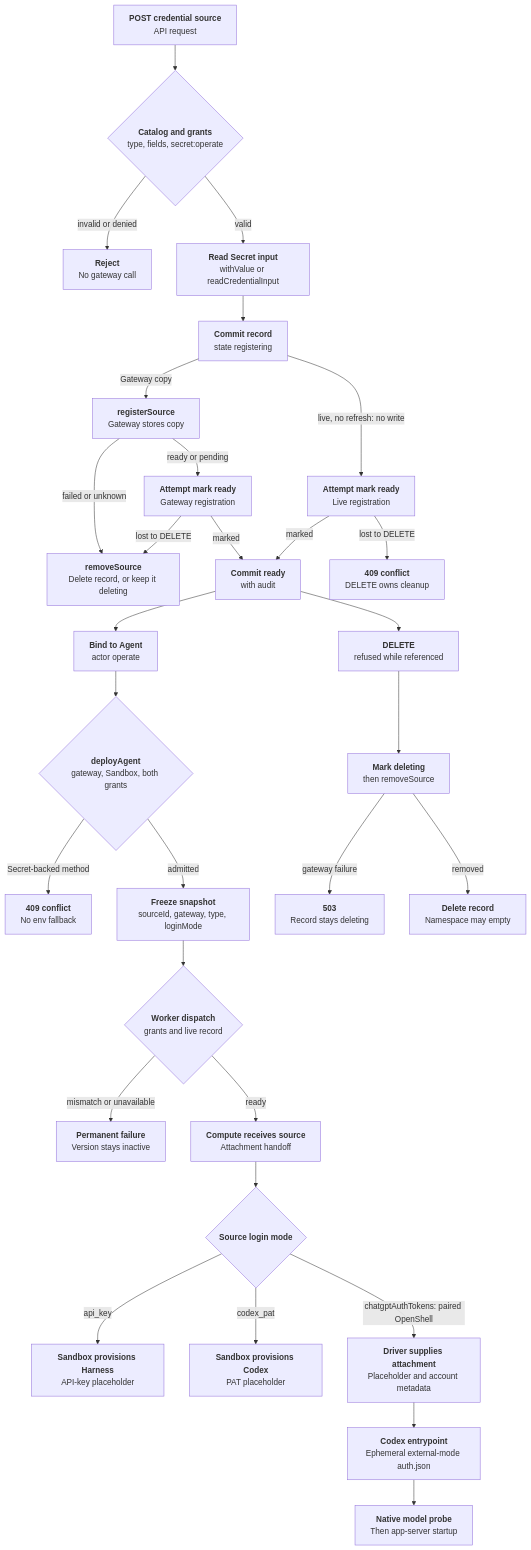
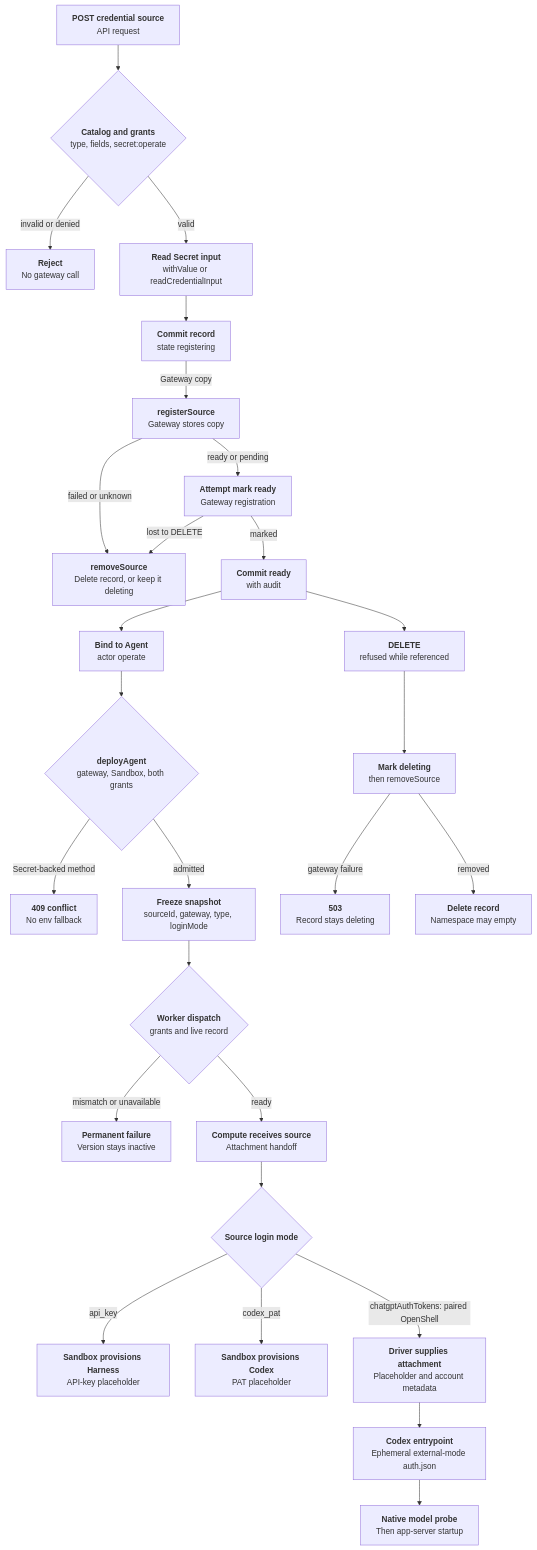
The diagram in docs/flows/credential-source-lifecycle.md (openclaw/openclaw-enterprise), drawn with Mermaid before and after one commit. The commit also changed other lines of this file and 50 other files, not shown here.

````diff
--- a/docs/flows/credential-source-lifecycle.md
+++ b/docs/flows/credential-source-lifecycle.md
@@ -34,32 +34,29 @@
 ```mermaid
 graph TD
   A["<b>POST credential source</b><br/>API request"] --> B{"<b>Catalog and grants</b><br/>type, fields, secret:operate"}
   B -- "invalid or denied" --> X["<b>Reject</b><br/>No gateway call"]
   B -- "valid" --> C["<b>Read Secret input</b><br/>withValue or readCredentialInput"]
   C --> R["<b>Commit record</b><br/>state registering"]
   R -- "Gateway copy" --> D["<b>registerSource</b><br/>Gateway stores copy"]
   D -- "failed or unknown" --> Y["<b>removeSource</b><br/>Delete record, or keep it deleting"]
   D -- "ready or pending" --> E0["<b>Attempt mark ready</b><br/>Gateway registration"]
   E0 -- "marked" --> E["<b>Commit ready</b><br/>with audit"]
   E0 -- "lost to DELETE" --> Y
-  R -- "live, no refresh: no write" --> E1["<b>Attempt mark ready</b><br/>Live registration"]
-  E1 -- "marked" --> E
-  E1 -- "lost to DELETE" --> X1["<b>409 conflict</b><br/>DELETE owns cleanup"]
   E --> F["<b>Bind to Agent</b><br/>actor operate"]
   F --> G{"<b>deployAgent</b><br/>gateway, Sandbox, both grants"}
   G -- "Secret-backed method" --> Z["<b>409 conflict</b><br/>No env fallback"]
   G -- "admitted" --> H["<b>Freeze snapshot</b><br/>sourceId, gateway, type, loginMode"]
   H --> I{"<b>Worker dispatch</b><br/>grants and live record"}
   I -- "mismatch or unavailable" --> W["<b>Permanent failure</b><br/>Version stays inactive"]
   I -- "ready" --> J["<b>Compute receives source</b><br/>Attachment handoff"]
   J --> P{"<b>Source login mode</b>"}
   P -- "api_key" --> Q["<b>Sandbox provisions Harness</b><br/>API-key placeholder"]
   P -- "codex_pat" --> Q1["<b>Sandbox provisions Codex</b><br/>PAT placeholder"]
   P -- "chatgptAuthTokens: paired OpenShell" --> T["<b>Driver supplies attachment</b><br/>Placeholder and account metadata"]
   T --> U["<b>Codex entrypoint</b><br/>Ephemeral external-mode auth.json"]
   U --> V["<b>Native model probe</b><br/>Then app-server startup"]
   E --> K["<b>DELETE</b><br/>refused while referenced"]
   K --> L["<b>Mark deleting</b><br/>then removeSource"]
   L -- "gateway failure" --> M["<b>503</b><br/>Record stays deleting"]
   L -- "removed" --> N["<b>Delete record</b><br/>Namespace may empty"]
 ```
````
